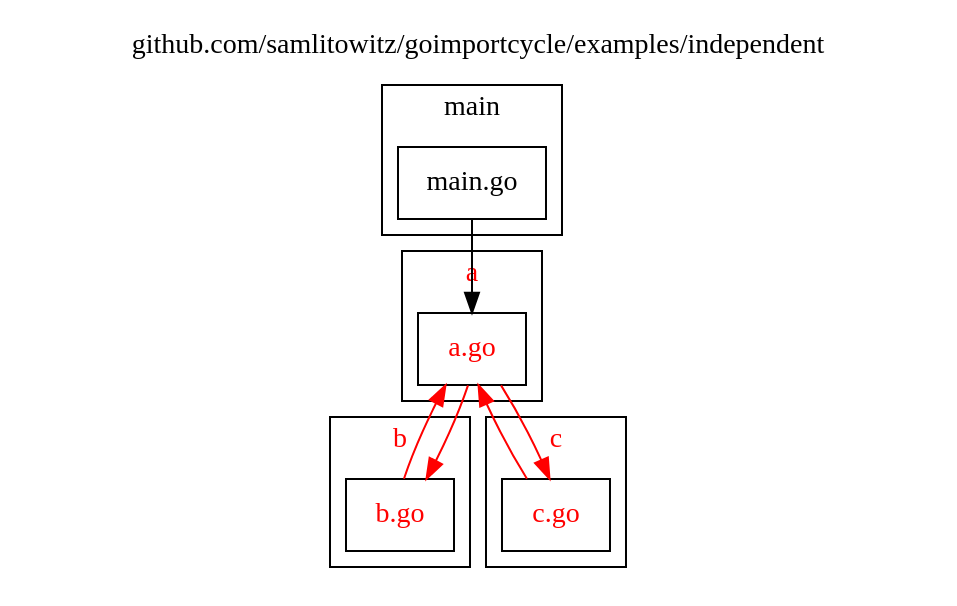
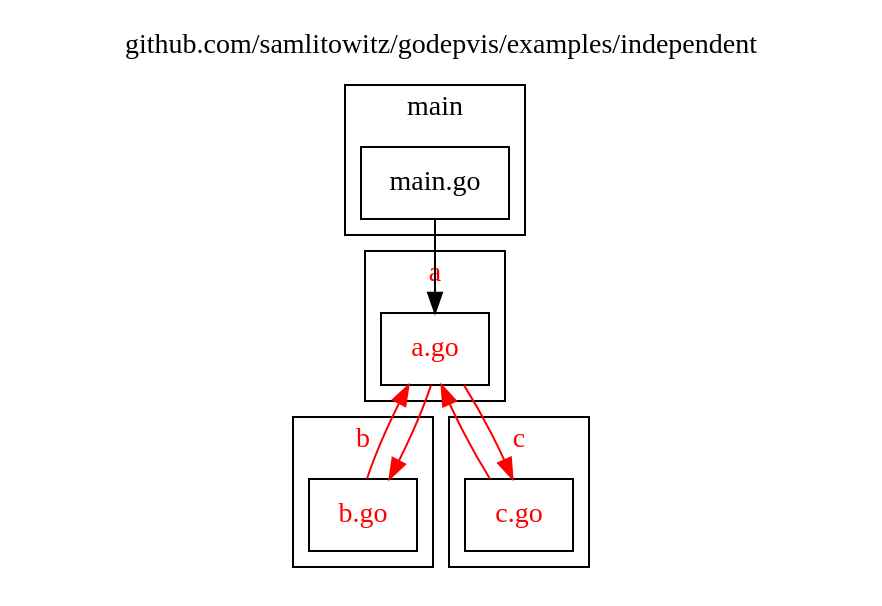
Before and after one commit to samlitowitz/godepvis: the diagram in assets/examples/independent/file.dot, drawn with Graphviz. The commit also changed 69 other files, not shown here.

```diff
--- a/assets/examples/independent/file.dot
+++ b/assets/examples/independent/file.dot
@@ -1,48 +1,48 @@
 digraph {
 	labelloc="t";
-	label="github.com/samlitowitz/goimportcycle/examples/independent";
+	label="github.com/samlitowitz/godepvis/examples/independent";
 	rankdir="TB";
 	node [shape="rect"];
 
 	subgraph "cluster_pkg_a" {
 		label="a";
 		style="filled";
 		fontcolor="#ff0000";
 		fillcolor="#ffffff";
 
 		"pkg_a_file_a" [label="a.go", style="filled", fontcolor="#ff0000", fillcolor="#ffffff"];
 	};
 
 	subgraph "cluster_pkg_b" {
 		label="b";
 		style="filled";
 		fontcolor="#ff0000";
 		fillcolor="#ffffff";
 
 		"pkg_b_file_b" [label="b.go", style="filled", fontcolor="#ff0000", fillcolor="#ffffff"];
 	};
 
 	subgraph "cluster_pkg_c" {
 		label="c";
 		style="filled";
 		fontcolor="#ff0000";
 		fillcolor="#ffffff";
 
 		"pkg_c_file_c" [label="c.go", style="filled", fontcolor="#ff0000", fillcolor="#ffffff"];
 	};
 
 	subgraph "cluster_pkg_main" {
 		label="main";
 		style="filled";
 		fontcolor="#000000";
 		fillcolor="#ffffff";
 
 		"pkg_main_file_main" [label="main.go", style="filled", fontcolor="#000000", fillcolor="#ffffff"];
 	};
 
+	"pkg_a_file_a" -> "pkg_c_file_c" [color="#ff0000"];
 	"pkg_a_file_a" -> "pkg_b_file_b" [color="#ff0000"];
-	"pkg_a_file_a" -> "pkg_c_file_c" [color="#ff0000"];
 	"pkg_b_file_b" -> "pkg_a_file_a" [color="#ff0000"];
 	"pkg_c_file_c" -> "pkg_a_file_a" [color="#ff0000"];
 	"pkg_main_file_main" -> "pkg_a_file_a" [color="#000000"];
 }
```
